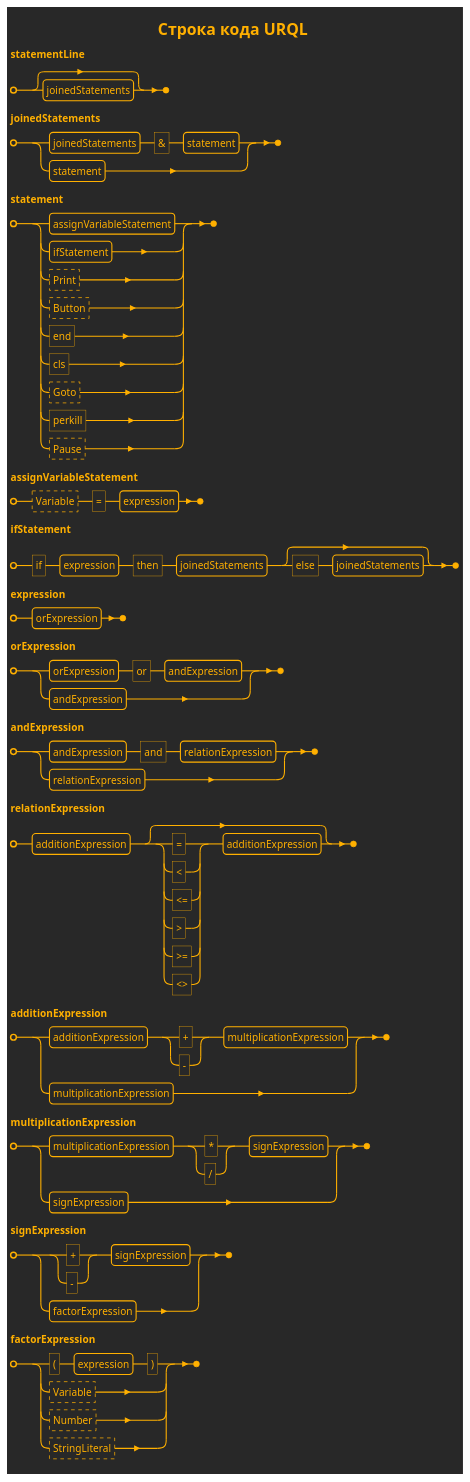
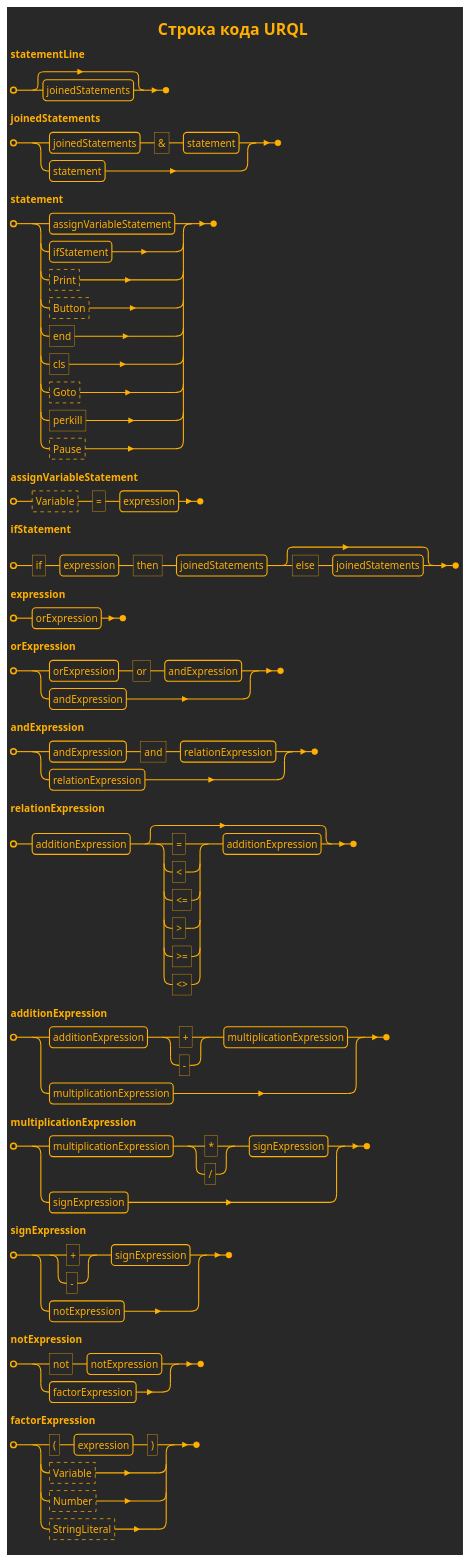
The first of 13 diagrams in Domain/MURQ.Domain/URQL/docs/URQL Lines Syntax.md (realsonic/MURQ), drawn with PlantUML before and after one commit. The commit also changed 12 other files, not shown here.

````diff
--- a/Domain/MURQ.Domain/URQL/docs/URQL Lines Syntax.md
+++ b/Domain/MURQ.Domain/URQL/docs/URQL Lines Syntax.md
@@ -2,59 +2,63 @@
 ```plantuml
 @startebnf URQL Line
 !theme crt-amber
 ' skinparam monochrome reverse
 
 title Строка кода URQL
 
 statementLine = [ joinedStatements ];
 
 joinedStatements = 
       joinedStatements, '&', statement
     | statement;
 
 statement =
     assignVariableStatement
   | ifStatement
   | ?Print?
   | ?Button?
   | 'end'
   | 'cls'
   | ?Goto?
   | 'perkill'
   | ?Pause?;
 
 assignVariableStatement = ?Variable?,  '=', expression;
 
 ifStatement = 'if', expression, 'then', joinedStatements, [ 'else', joinedStatements ];
 
 expression = orExpression;
 
 orExpression =
     orExpression, 'or', andExpression
   | andExpression;
 
 andExpression =
     andExpression, 'and', relationExpression
   | relationExpression;
 
 relationExpression = additionExpression, [ ( '=' | '<' | '<=' | '>' | '>=' | '<>' ), additionExpression ];
 
 additionExpression =
     additionExpression, ( '+' | '-' ), multiplicationExpression
   | multiplicationExpression;
 
 multiplicationExpression =
     multiplicationExpression, ( '*' | "/" ), signExpression
   | signExpression;
 
 signExpression =
     ( '+' | '-' ), signExpression
+  | notExpression;
+
+notExpression =
+    ( 'not' ), notExpression
   | factorExpression;
 
 factorExpression =
     ( '(', expression, ')' )
   | ?Variable?
   | ?Number?
   | ?StringLiteral?;
 @endebnf
 ```
````
